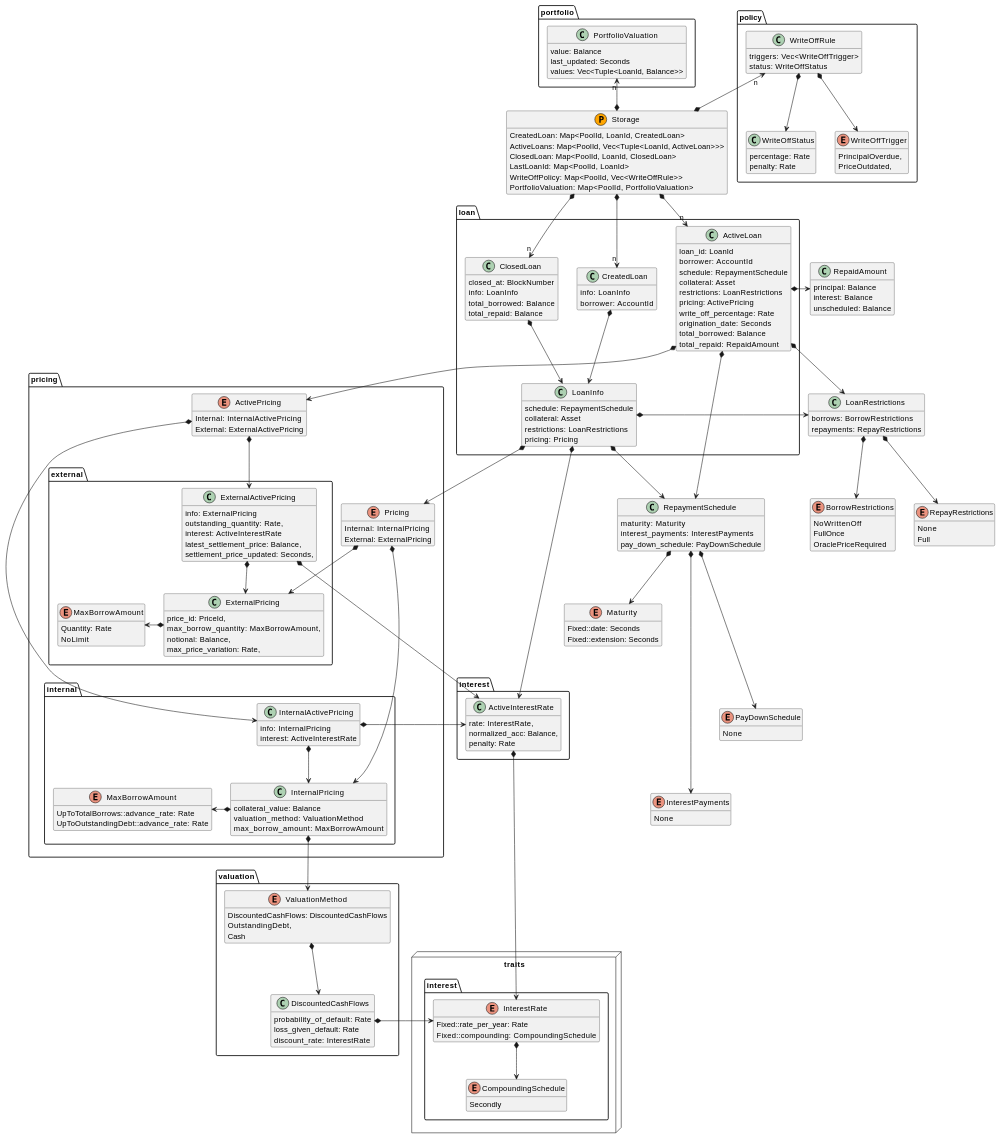
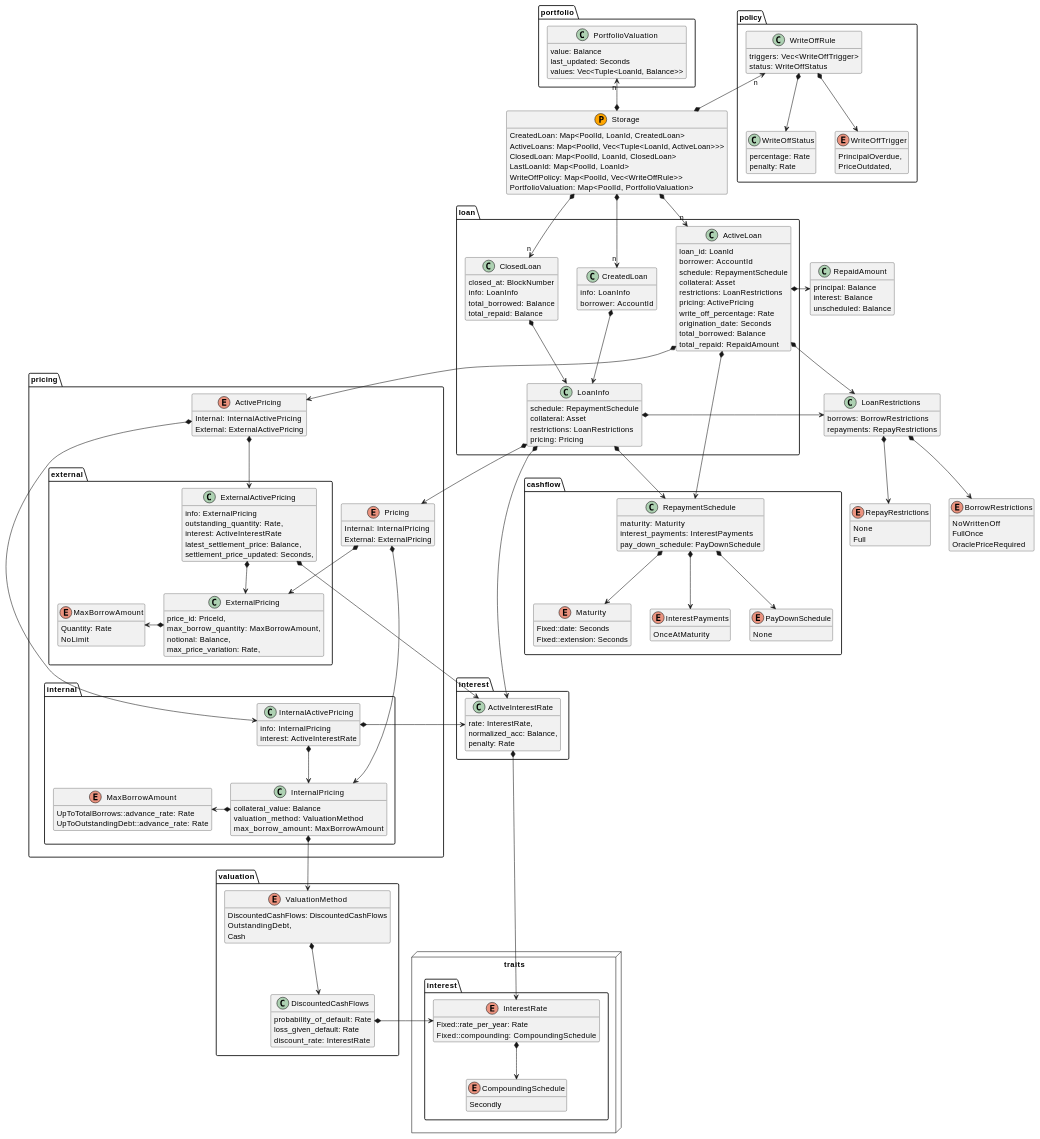
The diagram in pallets/loans/docs/types.md (centrifuge/centrifuge-chain), drawn with PlantUML before and after one commit. The commit also changed 23 other files, not shown here.

```diff
--- a/pallets/loans/docs/types.md
+++ b/pallets/loans/docs/types.md
@@ -4,28 +4,30 @@
 set namespaceSeparator ::
 hide methods
 
-enum Maturity {
-    Fixed::date: Seconds
-    Fixed::extension: Seconds
+package cashflow {
+    enum Maturity {
+        Fixed::date: Seconds
+        Fixed::extension: Seconds
+    }
+
+    enum InterestPayments {
+        OnceAtMaturity
+    }
+
+    enum PayDownSchedule {
+        None
+    }
+
+    class RepaymentSchedule {
+        maturity: Maturity
+        interest_payments: InterestPayments
+        pay_down_schedule: PayDownSchedule
+    }
+
+    RepaymentSchedule *--> Maturity
+    RepaymentSchedule *--> PayDownSchedule
+    RepaymentSchedule *--> InterestPayments
 }
-
-enum InterestPayments {
-    None
-}
-
-enum PayDownSchedule {
-    None
-}
-
-class RepaymentSchedule {
-    maturity: Maturity
-    interest_payments: InterestPayments
-    pay_down_schedule: PayDownSchedule
-}
-
-RepaymentSchedule *--> Maturity
-RepaymentSchedule *---> PayDownSchedule
-RepaymentSchedule *----> InterestPayments
 
 enum BorrowRestrictions {
     NoWrittenOff
```
